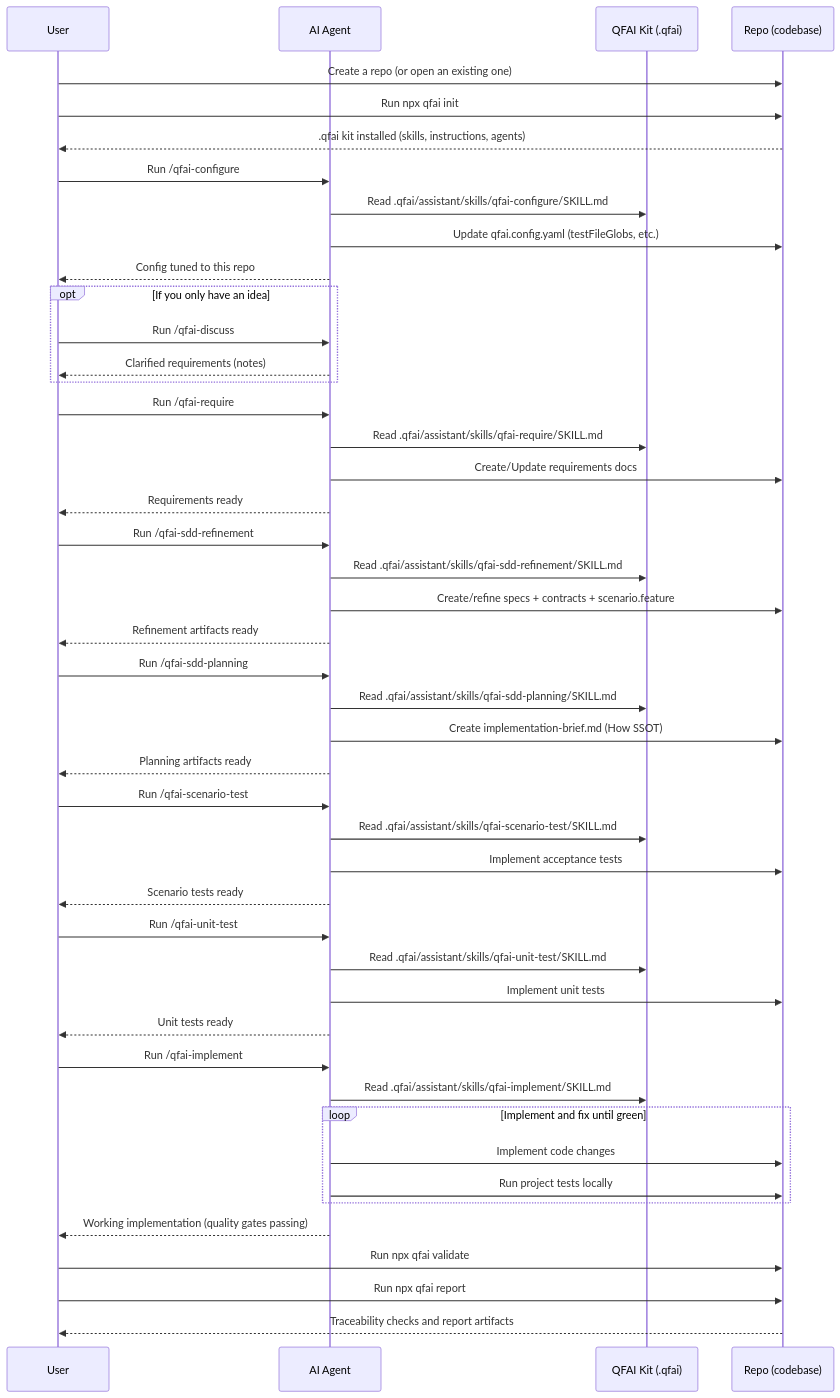
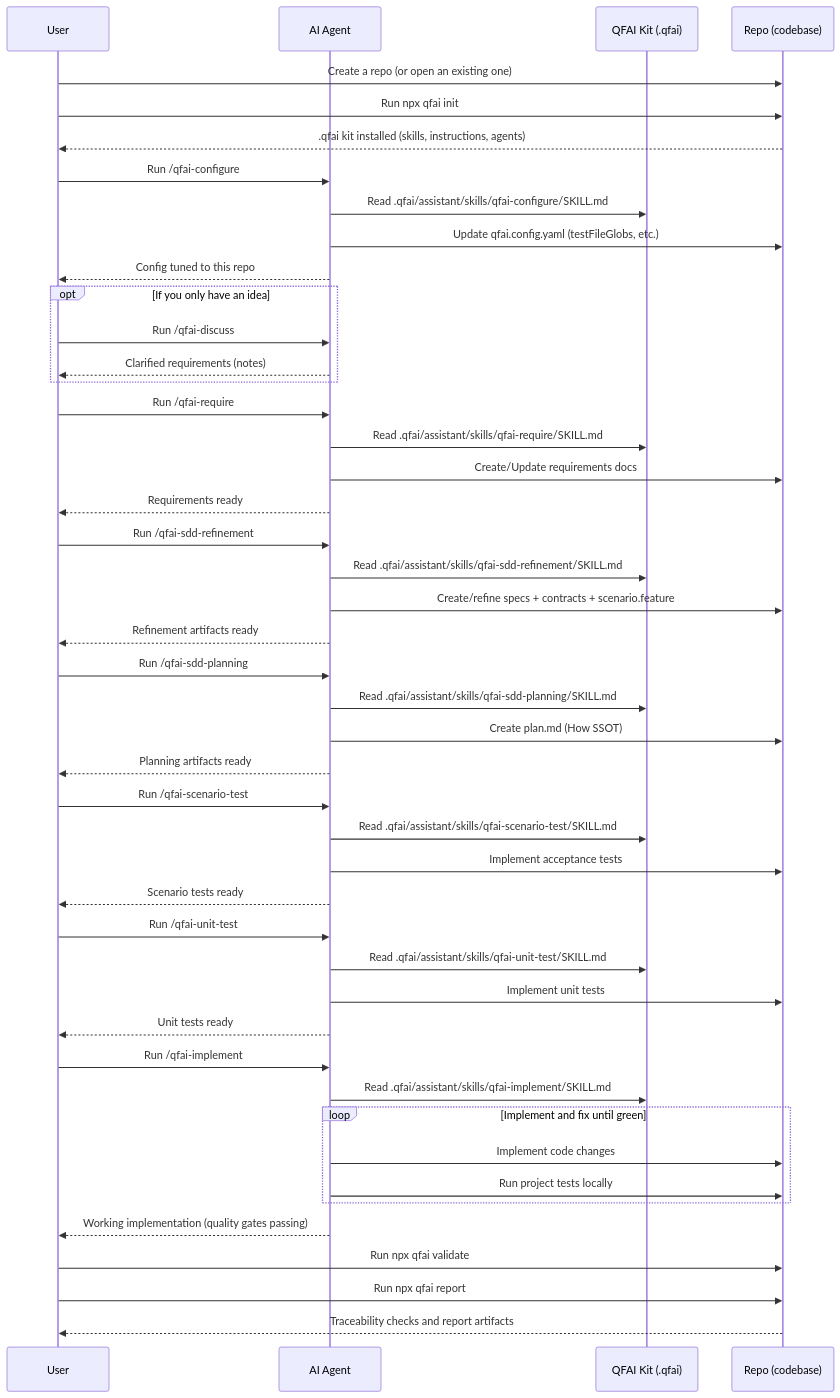
Before and after one commit to aganesy/QFAI: the diagram in packages/qfai/README.md, drawn with Mermaid. The commit also changed other lines of this file and 8 other files, not shown here.

Commit message:
feat: add plan template and drift/test-layer SSOT docs

````diff
--- a/packages/qfai/README.md
+++ b/packages/qfai/README.md
@@ -73,58 +73,58 @@
 ```mermaid
 sequenceDiagram
 participant U as User
 participant AG as AI Agent
 participant Q as QFAI Kit (.qfai)
 participant R as Repo (codebase)
 
 U->>R: Create a repo (or open an existing one)
 U->>R: Run npx qfai init
 R-->>U: .qfai kit installed (skills, instructions, agents)
 
 U->>AG: Run /qfai-configure
 AG->>Q: Read .qfai/assistant/skills/qfai-configure/SKILL.md
 AG->>R: Update qfai.config.yaml (testFileGlobs, etc.)
 AG-->>U: Config tuned to this repo
 
 opt If you only have an idea
 U->>AG: Run /qfai-discuss
 AG-->>U: Clarified requirements (notes)
 end
 
 U->>AG: Run /qfai-require
 AG->>Q: Read .qfai/assistant/skills/qfai-require/SKILL.md
 AG->>R: Create/Update requirements docs
 AG-->>U: Requirements ready
 
 U->>AG: Run /qfai-sdd-refinement
 AG->>Q: Read .qfai/assistant/skills/qfai-sdd-refinement/SKILL.md
 AG->>R: Create/refine specs + contracts + scenario.feature
 AG-->>U: Refinement artifacts ready
 
 U->>AG: Run /qfai-sdd-planning
 AG->>Q: Read .qfai/assistant/skills/qfai-sdd-planning/SKILL.md
-AG->>R: Create implementation-brief.md (How SSOT)
+AG->>R: Create plan.md (How SSOT)
 AG-->>U: Planning artifacts ready
 
 U->>AG: Run /qfai-scenario-test
 AG->>Q: Read .qfai/assistant/skills/qfai-scenario-test/SKILL.md
 AG->>R: Implement acceptance tests
 AG-->>U: Scenario tests ready
 
 U->>AG: Run /qfai-unit-test
 AG->>Q: Read .qfai/assistant/skills/qfai-unit-test/SKILL.md
 AG->>R: Implement unit tests
 AG-->>U: Unit tests ready
 
 U->>AG: Run /qfai-implement
 AG->>Q: Read .qfai/assistant/skills/qfai-implement/SKILL.md
 loop Implement and fix until green
 AG->>R: Implement code changes
 AG->>R: Run project tests locally
 end
 AG-->>U: Working implementation (quality gates passing)
 
 U->>R: Run npx qfai validate
 U->>R: Run npx qfai report
 R-->>U: Traceability checks and report artifacts
 ```
````
